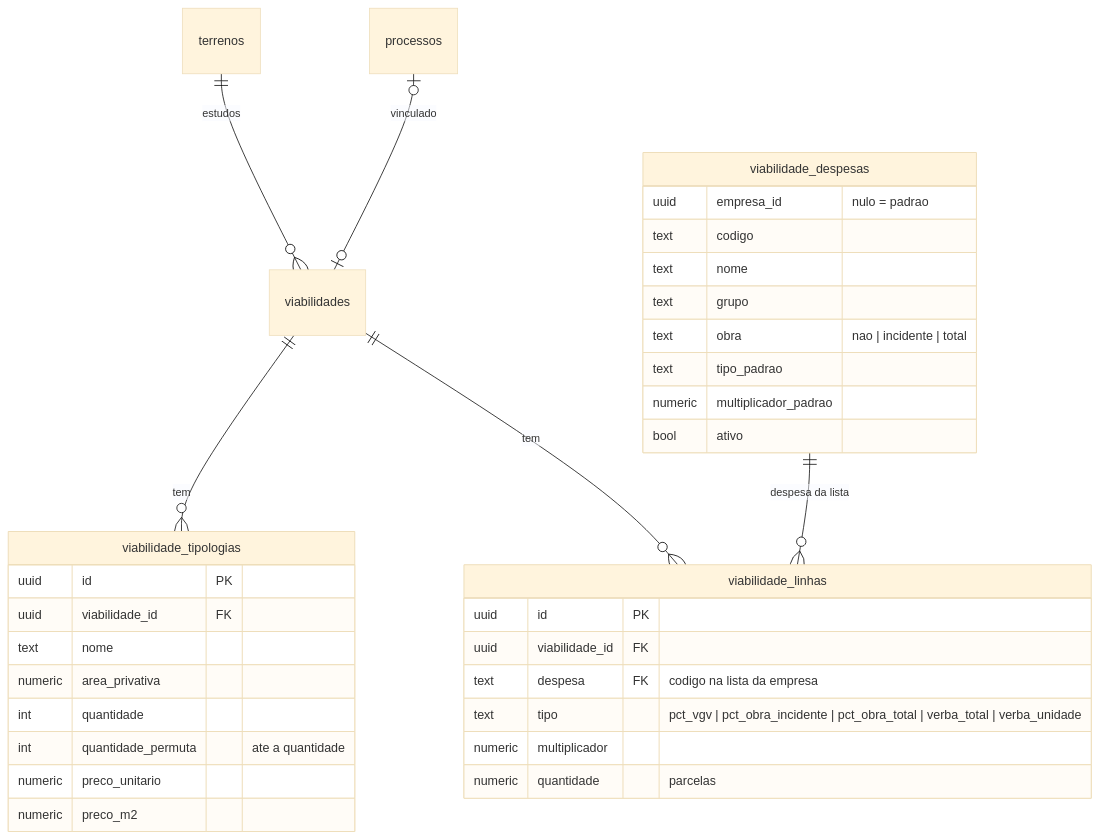
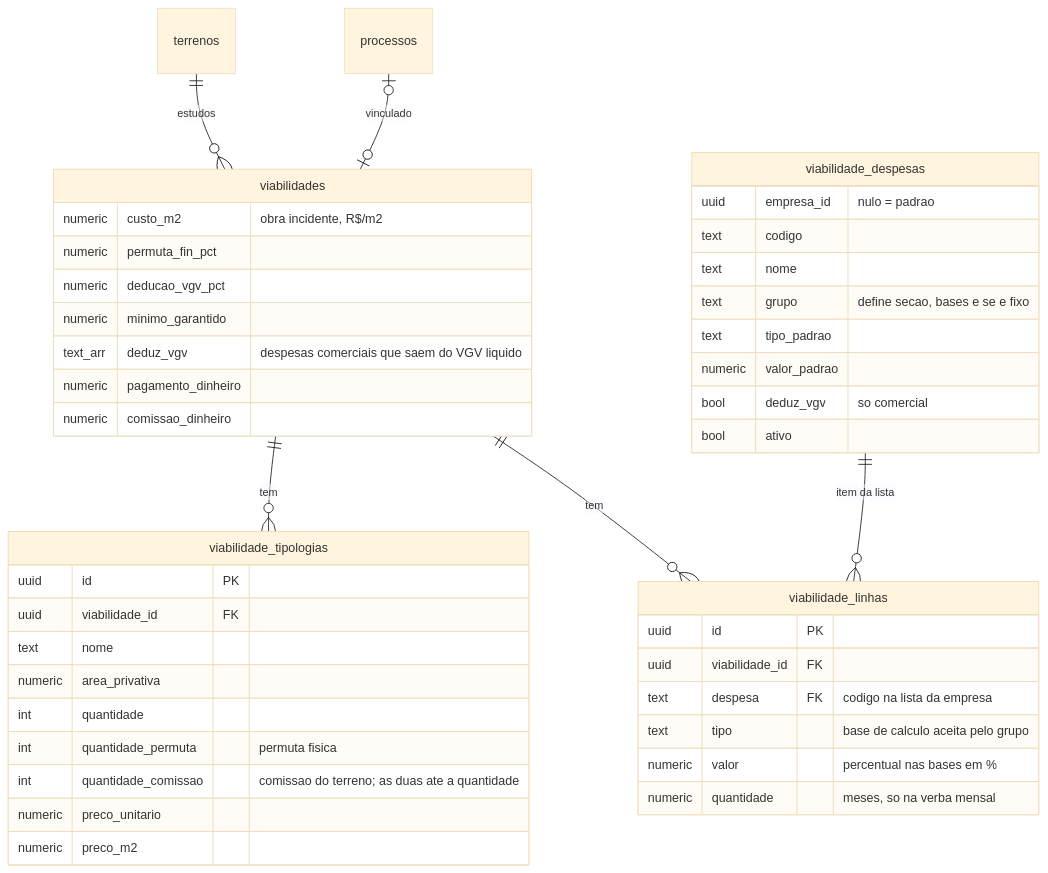
One commit to Mbekerman/bkm_terrenos-claude changed the sixth of 7 diagrams in docs/modelo.md. Above: the diagram before and after it, drawn with Mermaid (base theme). The commit also changed other lines of this file and 11 other files, not shown here.

First line of the commit message:
Viabilidade: obra em camadas, custo do terreno com permutas, despesas gerais, taxas e comerciais

````diff
--- a/docs/modelo.md
+++ b/docs/modelo.md
@@ -686,36 +686,46 @@
 ```mermaid
 erDiagram
   terrenos ||--o{ viabilidades : "estudos"
   processos |o--o| viabilidades : "vinculado"
   viabilidades ||--o{ viabilidade_tipologias : tem
   viabilidades ||--o{ viabilidade_linhas : tem
-  viabilidade_despesas ||--o{ viabilidade_linhas : "despesa da lista"
+  viabilidade_despesas ||--o{ viabilidade_linhas : "item da lista"
+  viabilidades {
+    numeric custo_m2 "obra incidente, R$/m2"
+    numeric permuta_fin_pct
+    numeric deducao_vgv_pct
+    numeric minimo_garantido
+    text_arr deduz_vgv "despesas comerciais que saem do VGV liquido"
+    numeric pagamento_dinheiro
+    numeric comissao_dinheiro
+  }
   viabilidade_tipologias {
     uuid id PK
     uuid viabilidade_id FK
     text nome
     numeric area_privativa
     int quantidade
-    int quantidade_permuta "ate a quantidade"
+    int quantidade_permuta "permuta fisica"
+    int quantidade_comissao "comissao do terreno; as duas ate a quantidade"
     numeric preco_unitario
     numeric preco_m2
   }
   viabilidade_linhas {
     uuid id PK
     uuid viabilidade_id FK
     text despesa FK "codigo na lista da empresa"
-    text tipo "pct_vgv | pct_obra_incidente | pct_obra_total | verba_total | verba_unidade"
-    numeric multiplicador
-    numeric quantidade "parcelas"
+    text tipo "base de calculo aceita pelo grupo"
+    numeric valor "percentual nas bases em %"
+    numeric quantidade "meses, so na verba mensal"
   }
   viabilidade_despesas {
     uuid empresa_id "nulo = padrao"
     text codigo
     text nome
-    text grupo
-    text obra "nao | incidente | total"
+    text grupo "define secao, bases e se e fixo"
     text tipo_padrao
-    numeric multiplicador_padrao
+    numeric valor_padrao
+    bool deduz_vgv "so comercial"
     bool ativo
   }
 ```
````
